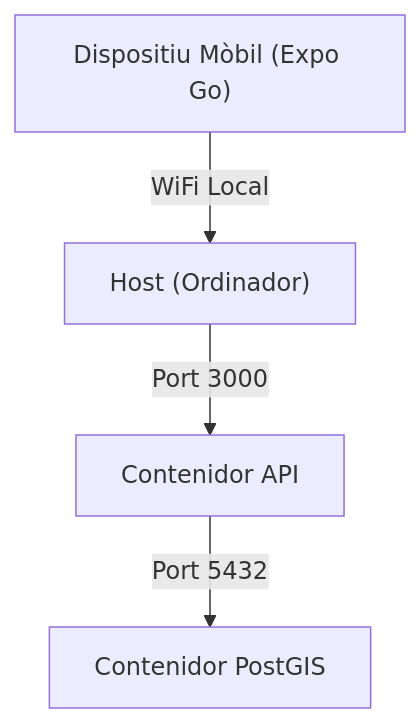
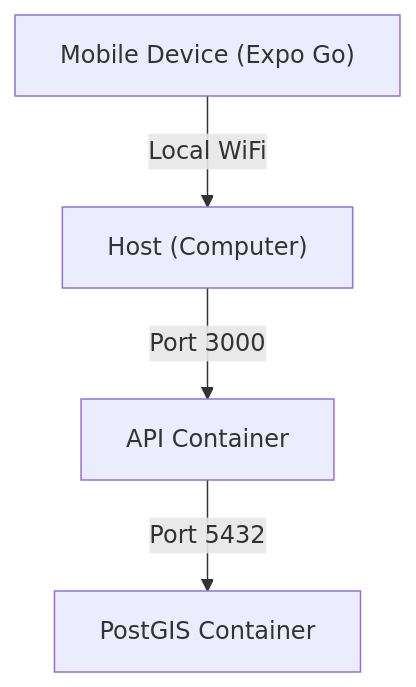
The diagram in docs/SETUP_GUIDE.md (cdc-grup/app_lattice_project), drawn with Mermaid before and after one commit. The commit also changed other lines of this file and 13 other files, not shown here.

````diff
--- a/docs/SETUP_GUIDE.md
+++ b/docs/SETUP_GUIDE.md
@@ -98,6 +98,6 @@
 ```mermaid
 graph TD
-    A["Dispositiu Mòbil (Expo Go)"] -- "WiFi Local" --> B["Host (Ordinador)"]
-    B -- "Port 3000" --> C["Contenidor API"]
-    C -- "Port 5432" --> D["Contenidor PostGIS"]
+    A["Mobile Device (Expo Go)"] -- "Local WiFi" --> B["Host (Computer)"]
+    B -- "Port 3000" --> C["API Container"]
+    C -- "Port 5432" --> D["PostGIS Container"]
 ```
````
